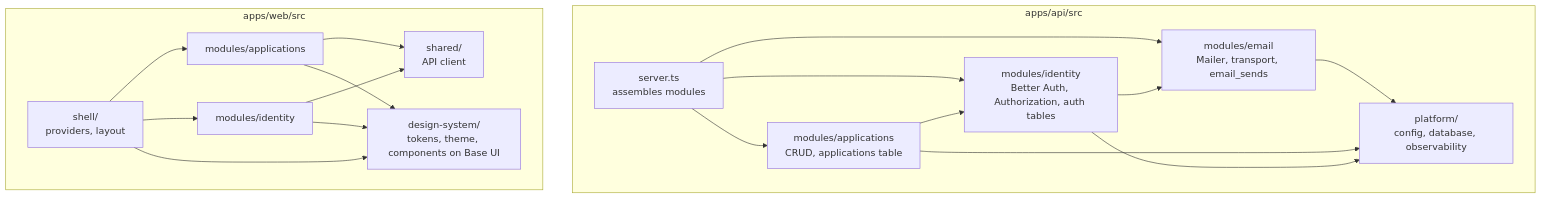
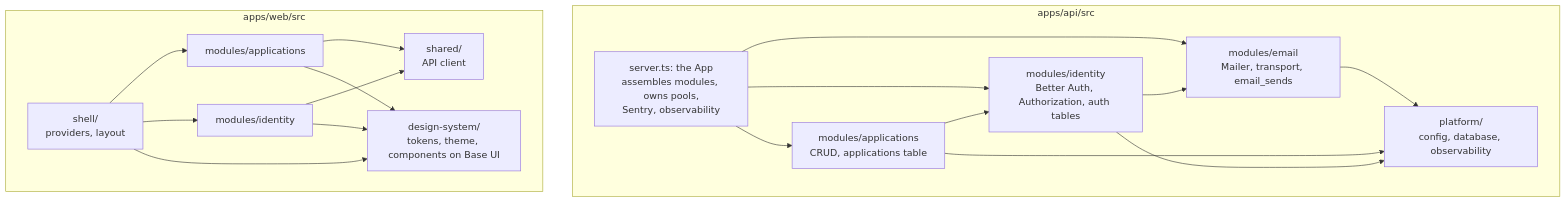
One commit to brianpatterson/roundtable changed the second of 7 diagrams in docs/architecture.md. Above: the diagram before and after it, drawn with Mermaid. The commit also changed other lines of this file and 2 other files, not shown here.

Commit message:
docs: describe the App module (server.ts) and its adapters

````diff
--- a/docs/architecture.md
+++ b/docs/architecture.md
@@ -72,18 +72,18 @@
 ```mermaid
 flowchart TB
   subgraph api[apps/api/src]
-    server[server.ts<br/>assembles modules] --> applications & identity & email
+    server[server.ts: the App<br/>assembles modules, owns pools,<br/>Sentry, observability] --> applications & identity & email
     applications[modules/applications<br/>CRUD, applications table] --> identity
     identity[modules/identity<br/>Better Auth, Authorization, auth tables] --> email
     email[modules/email<br/>Mailer, transport, email_sends] --> platform
     applications --> platform
     identity --> platform
     platform[platform/<br/>config, database, observability]
   end
   subgraph web[apps/web/src]
     shell[shell/<br/>providers, layout] --> wapps[modules/applications] & wid[modules/identity]
     wapps --> wshared[shared/<br/>API client]
     wid --> wshared
     shell & wapps & wid --> ds[design-system/<br/>tokens, theme, components on Base UI]
   end
 ```
````
